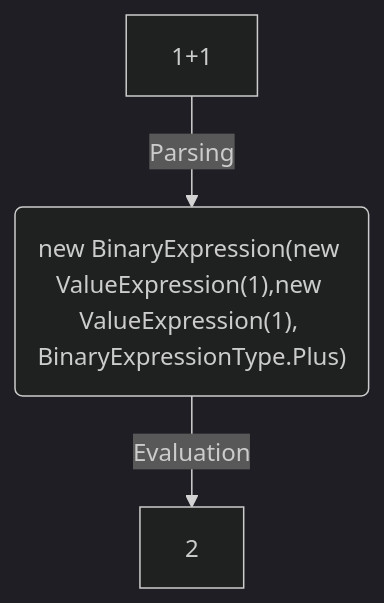
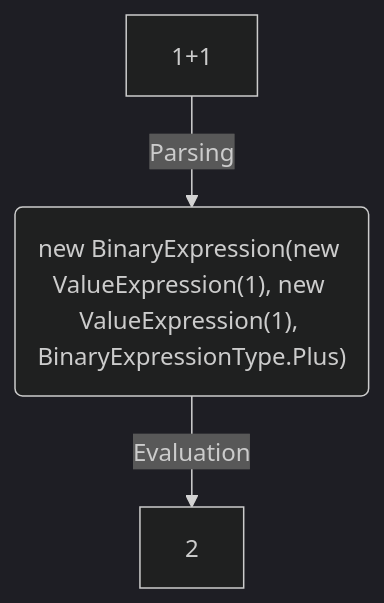
One commit to ncalc/ncalc changed the diagram in docs/articles/architecture.md. Above: the diagram before and after it, drawn with Mermaid (dark theme). The commit also changed 2 other files, not shown here.

````diff
--- a/docs/articles/architecture.md
+++ b/docs/articles/architecture.md
@@ -5,6 +5,6 @@
 ```mermaid
 flowchart TB
 
-A["1+1"] -->|Parsing| B("new BinaryExpression(new ValueExpression(1),new ValueExpression(1), BinaryExpressionType.Plus)")
+A["1+1"] -->|Parsing| B("new BinaryExpression(new ValueExpression(1), new ValueExpression(1), BinaryExpressionType.Plus)")
 B --> |Evaluation|2
 ```
````
